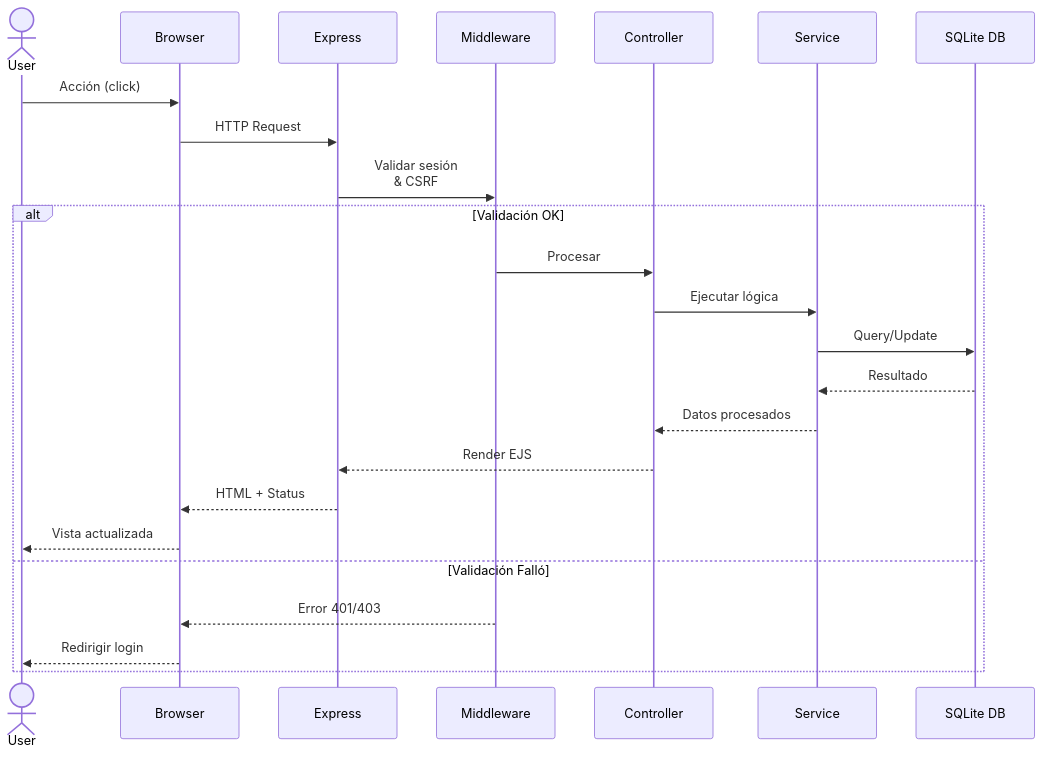
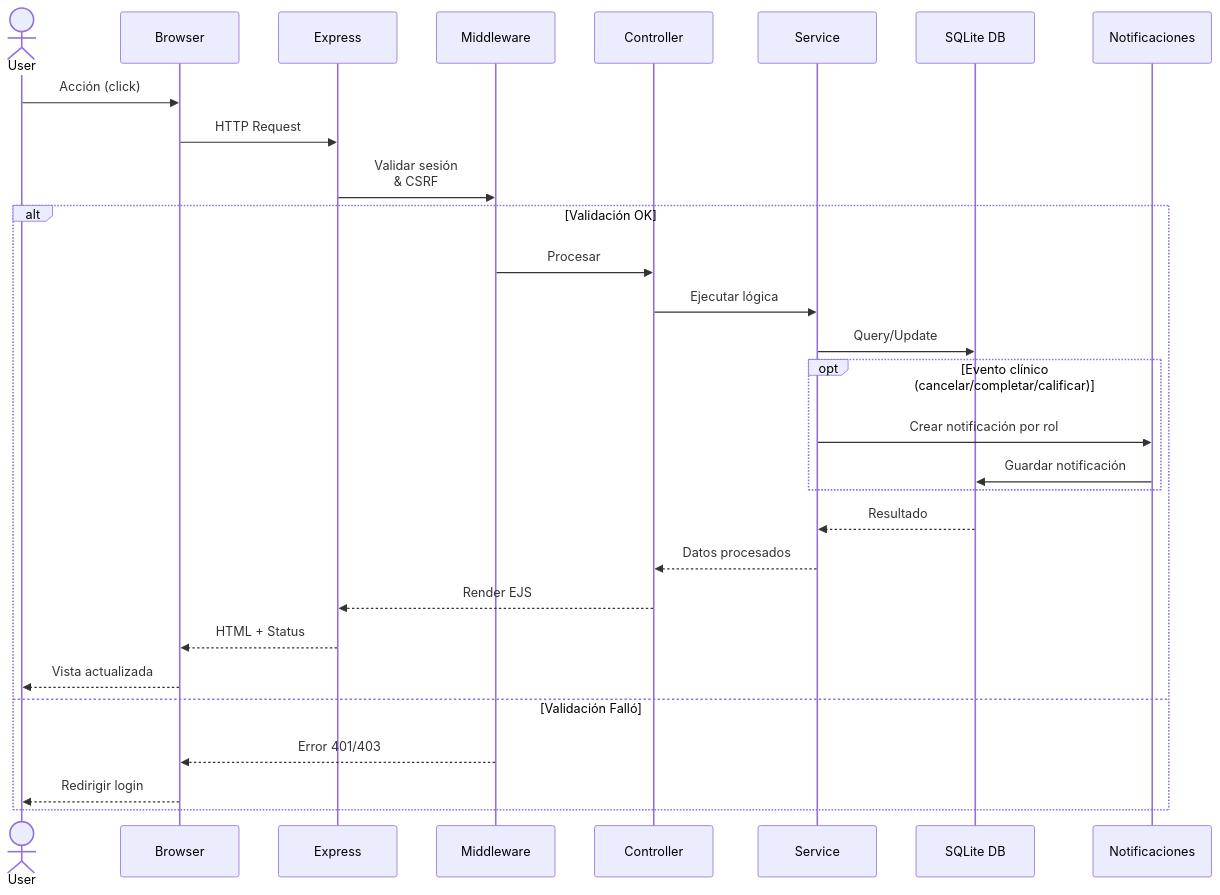
Before and after one commit to EdwardAR/CIS_II: the second of 8 diagrams in README.md, drawn with Mermaid. The commit also changed other lines of this file and 1 other file, not shown here.

````diff
--- a/README.md
+++ b/README.md
@@ -116,27 +120,32 @@
 ```mermaid
 sequenceDiagram
     actor User
     participant Browser
     participant Express
     participant Middleware
     participant Controller
     participant Service
     participant DB as SQLite DB
+    participant Notify as Notificaciones
     
     User->>Browser: Acción (click)
     Browser->>Express: HTTP Request
     Express->>Middleware: Validar sesión<br/>& CSRF
     alt Validación OK
         Middleware->>Controller: Procesar
         Controller->>Service: Ejecutar lógica
         Service->>DB: Query/Update
+        opt Evento clínico (cancelar/completar/calificar)
+            Service->>Notify: Crear notificación por rol
+            Notify->>DB: Guardar notificación
+        end
         DB-->>Service: Resultado
         Service-->>Controller: Datos procesados
         Controller-->>Express: Render EJS
         Express-->>Browser: HTML + Status
         Browser-->>User: Vista actualizada
     else Validación Falló
         Middleware-->>Browser: Error 401/403
         Browser-->>User: Redirigir login
     end
 ```
````
